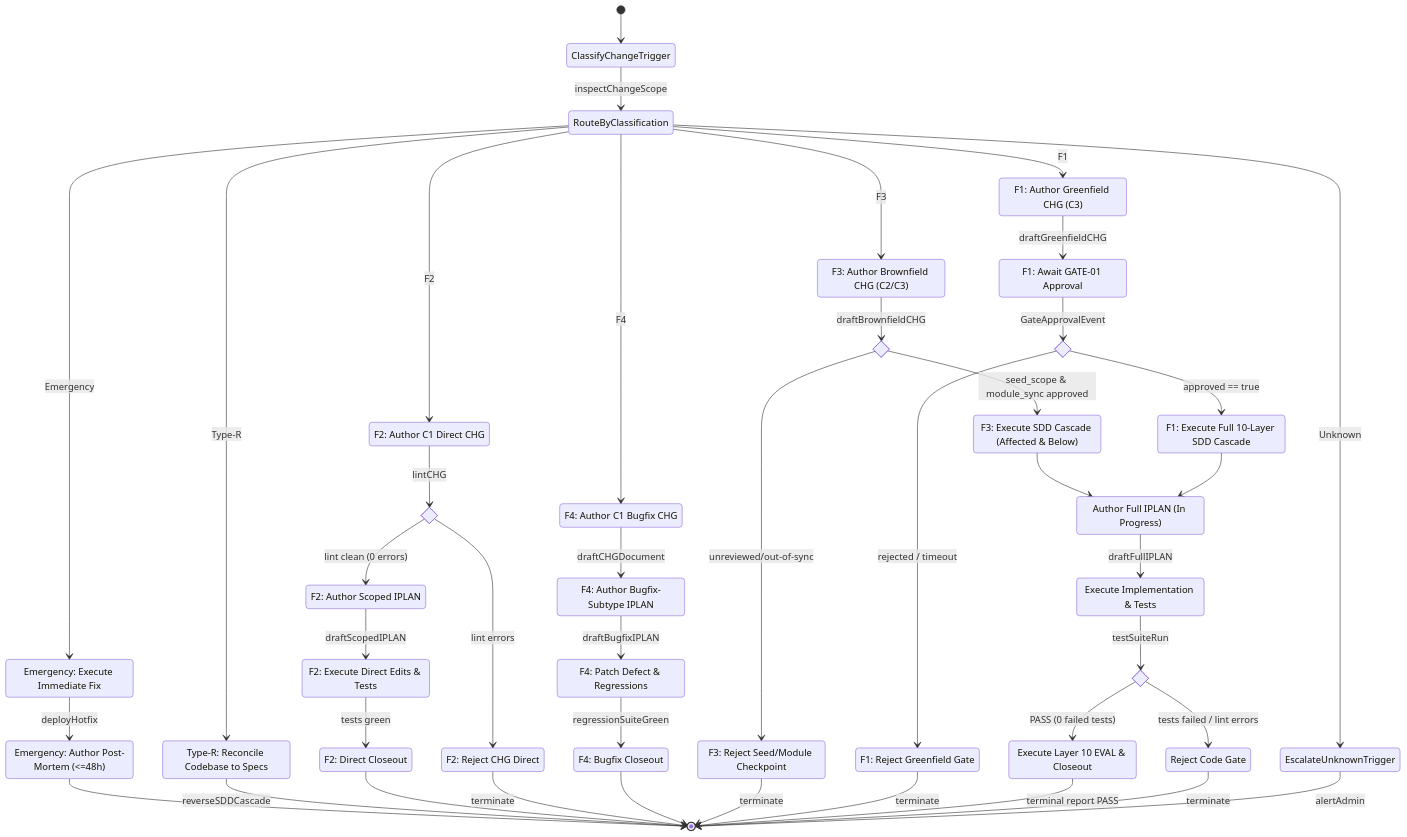
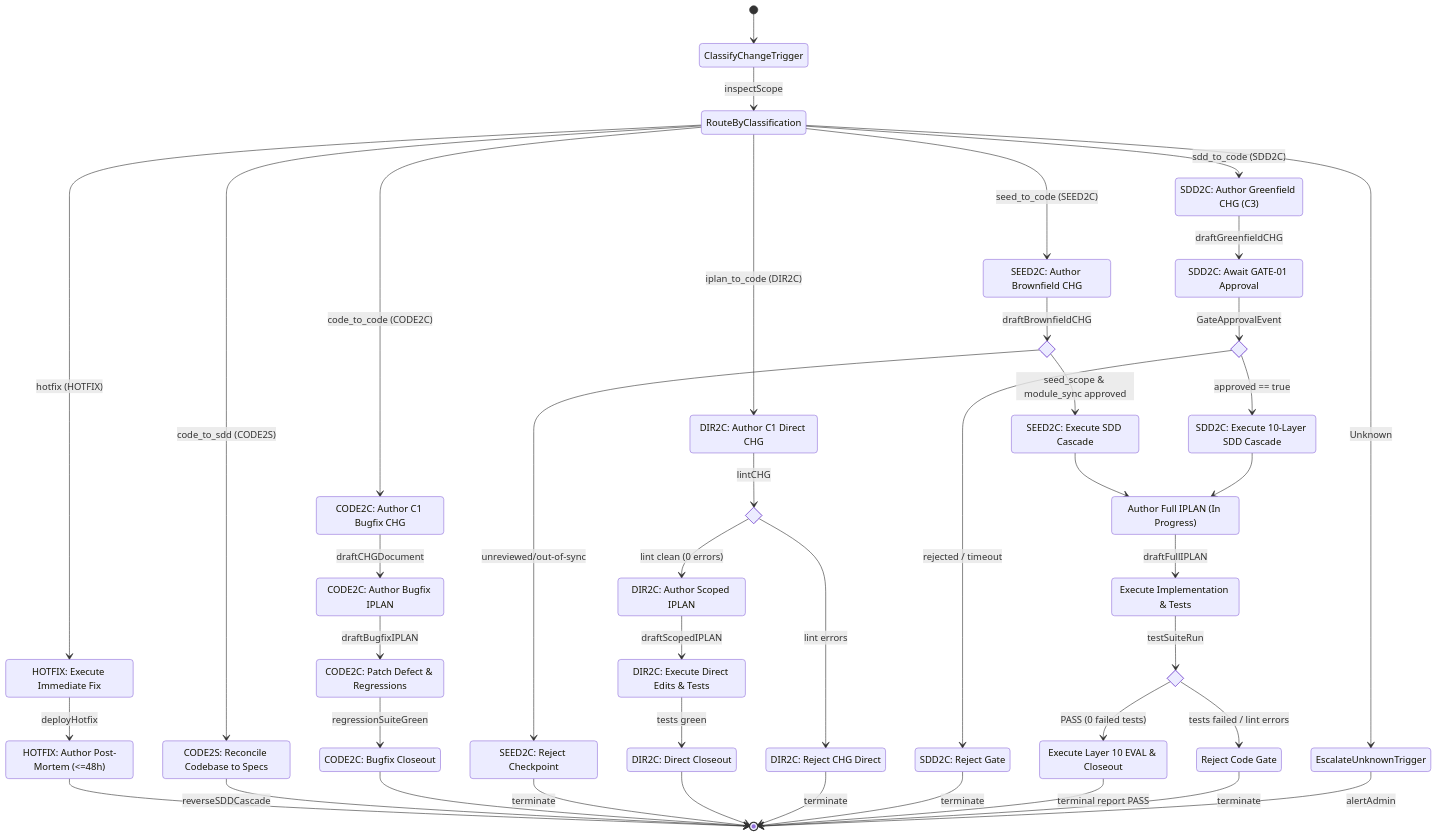
The diagram in framework/governance/CHG_REQUEST_FLOWS.md (vladm3105/aidoc-flow-framework), drawn with Mermaid before and after one commit. The commit also changed other lines of this file and 198 other files, not shown here.

First line of the commit message:
feat(governance): ratify dual-layer traversal-path graph nomenclature (CHG-71, 0.88.1) (#932)

````diff
--- a/framework/governance/CHG_REQUEST_FLOWS.md
+++ b/framework/governance/CHG_REQUEST_FLOWS.md
@@ -49,36 +51,55 @@
 ```mermaid
 stateDiagram-v2
     [*] --> ClassifyChangeTrigger
-    ClassifyChangeTrigger --> RouteByClassification: inspectChangeScope
+    ClassifyChangeTrigger --> RouteByClassification: inspectScope
 
     state RouteByClassification <<choice>>
-    RouteByClassification --> ExecuteEmergencyFix: Emergency
-    RouteByClassification --> ReconcileCodebase: Type-R
-    RouteByClassification --> InitiateBugfixFlow: F4
-    RouteByClassification --> InitiateBrownfieldFlow: F3
-    RouteByClassification --> InitiateDirectRequestFlow: F2
-    RouteByClassification --> InitiateGreenfieldFlow: F1
+    RouteByClassification --> HOTFIX: hotfix (HOTFIX)
+    RouteByClassification --> CODE2S: code_to_sdd (CODE2S)
+    RouteByClassification --> CODE2C: code_to_code (CODE2C)
+    RouteByClassification --> SEED2C: seed_to_code (SEED2C)
+    RouteByClassification --> DIR2C: iplan_to_code (DIR2C)
+    RouteByClassification --> SDD2C: sdd_to_code (SDD2C)
     RouteByClassification --> EscalateUnknownTrigger: Unknown
 
-    %% Emergency Path
-    state "Emergency: Execute Immediate Fix" as ExecuteEmergencyFix
-    state "Emergency: Author Post-Mortem (<=48h)" as DraftEmergencyPostMortem
-    ExecuteEmergencyFix --> DraftEmergencyPostMortem: deployHotfix
+    %% 1. HOTFIX Path
+    state "HOTFIX: Execute Immediate Fix" as HOTFIX
+    state "HOTFIX: Author Post-Mortem (<=48h)" as DraftEmergencyPostMortem
+    HOTFIX --> DraftEmergencyPostMortem: deployHotfix
     DraftEmergencyPostMortem --> [*]
 
-    %% Type-R Path
-    state "Type-R: Reconcile Codebase to Specs" as ReconcileCodebase
-    ReconcileCodebase --> [*]: reverseSDDCascade
+    %% 2. CODE2S Path
+    state "CODE2S: Reconcile Codebase to Specs" as CODE2S
+    CODE2S --> [*]: reverseSDDCascade
 
-    %% Flow F2: Direct Request
-    state "F2: Author C1 Direct CHG" as InitiateDirectRequestFlow
+    %% 3. CODE2C Path
+    state "CODE2C: Author C1 Bugfix CHG" as CODE2C
+    state "CODE2C: Author Bugfix IPLAN" as AuthorBugfixIPLAN
+    state "CODE2C: Patch Defect & Regressions" as ExecuteBugfix
+    state "CODE2C: Bugfix Closeout" as BugfixCloseout
+    CODE2C --> AuthorBugfixIPLAN: draftCHGDocument
+    AuthorBugfixIPLAN --> ExecuteBugfix: draftBugfixIPLAN
+    ExecuteBugfix --> BugfixCloseout: regressionSuiteGreen
+    BugfixCloseout --> [*]
+
+    %% 4. SEED2C Path
+    state "SEED2C: Author Brownfield CHG" as SEED2C
+    state SeedModuleSyncCheckpoint <<choice>>
+    state "SEED2C: Execute SDD Cascade" as ExecuteSDDCascade
+    state "SEED2C: Reject Checkpoint" as RejectBrownfieldGate
+    SEED2C --> SeedModuleSyncCheckpoint: draftBrownfieldCHG
+    SeedModuleSyncCheckpoint --> ExecuteSDDCascade: seed_scope & module_sync approved
+    SeedModuleSyncCheckpoint --> RejectBrownfieldGate: unreviewed/out-of-sync
+    RejectBrownfieldGate --> [*]: terminate
+
+    %% 5. DIR2C Path
+    state "DIR2C: Author C1 Direct CHG" as DIR2C
     state ValidateCHGDirect <<choice>>
-    state "F2: Author Scoped IPLAN" as AuthorScopedIPLAN
-    state "F2: Execute Direct Edits & Tests" as ExecuteDirectChanges
-    state "F2: Direct Closeout" as DirectCloseout
-    state "F2: Reject CHG Direct" as RejectCHGDirect
-
-    InitiateDirectRequestFlow --> ValidateCHGDirect: lintCHG
+    state "DIR2C: Author Scoped IPLAN" as AuthorScopedIPLAN
+    state "DIR2C: Execute Direct Edits & Tests" as ExecuteDirectChanges
+    state "DIR2C: Direct Closeout" as DirectCloseout
+    state "DIR2C: Reject CHG Direct" as RejectCHGDirect
+    DIR2C --> ValidateCHGDirect: lintCHG
     ValidateCHGDirect --> AuthorScopedIPLAN: lint clean (0 errors)
     ValidateCHGDirect --> RejectCHGDirect: lint errors
     AuthorScopedIPLAN --> ExecuteDirectChanges: draftScopedIPLAN
@@ -86,42 +107,19 @@
     DirectCloseout --> [*]
     RejectCHGDirect --> [*]: terminate
 
-    %% Flow F4: Bugfix on Implemented IPLAN
-    state "F4: Author C1 Bugfix CHG" as InitiateBugfixFlow
-    state "F4: Author Bugfix-Subtype IPLAN" as AuthorBugfixIPLAN
-    state "F4: Patch Defect & Regressions" as ExecuteBugfix
-    state "F4: Bugfix Closeout" as BugfixCloseout
-
-    InitiateBugfixFlow --> AuthorBugfixIPLAN: draftCHGDocument
-    AuthorBugfixIPLAN --> ExecuteBugfix: draftBugfixIPLAN
-    ExecuteBugfix --> BugfixCloseout: regressionSuiteGreen
-    BugfixCloseout --> [*]
-
-    %% Flow F3: Brownfield Behavior Change
-    state "F3: Author Brownfield CHG (C2/C3)" as InitiateBrownfieldFlow
-    state SeedModuleSyncCheckpoint <<choice>>
-    state "F3: Execute SDD Cascade (Affected & Below)" as ExecuteSDDCascade
-    state "F3: Reject Seed/Module Checkpoint" as RejectBrownfieldGate
-
-    InitiateBrownfieldFlow --> SeedModuleSyncCheckpoint: draftBrownfieldCHG
-    SeedModuleSyncCheckpoint --> ExecuteSDDCascade: seed_scope & module_sync approved
-    SeedModuleSyncCheckpoint --> RejectBrownfieldGate: unreviewed/out-of-sync
-    RejectBrownfieldGate --> [*]: terminate
-
-    %% Flow F1: Greenfield Development
-    state "F1: Author Greenfield CHG (C3)" as InitiateGreenfieldFlow
-    state "F1: Await GATE-01 Approval" as AwaitGate01Approval
+    %% 6. SDD2C Path
+    state "SDD2C: Author Greenfield CHG (C3)" as SDD2C
+    state "SDD2C: Await GATE-01 Approval" as AwaitGate01Approval
     state EvaluateGate01Approval <<choice>>
-    state "F1: Execute Full 10-Layer SDD Cascade" as ExecuteFullSDDCascade
-    state "F1: Reject Greenfield Gate" as RejectGreenfieldGate
-
-    InitiateGreenfieldFlow --> AwaitGate01Approval: draftGreenfieldCHG
+    state "SDD2C: Execute 10-Layer SDD Cascade" as ExecuteFullSDDCascade
+    state "SDD2C: Reject Gate" as RejectGreenfieldGate
+    SDD2C --> AwaitGate01Approval: draftGreenfieldCHG
     AwaitGate01Approval --> EvaluateGate01Approval: GateApprovalEvent
     EvaluateGate01Approval --> ExecuteFullSDDCascade: approved == true
     EvaluateGate01Approval --> RejectGreenfieldGate: rejected / timeout
     RejectGreenfieldGate --> [*]: terminate
 
-    %% Implementation & Closeout (Shared F1 / F3)
+    %% Implementation & Closeout (Shared SDD2C / SEED2C)
     state "Author Full IPLAN (In Progress)" as AuthorFullIPLAN
     state "Execute Implementation & Tests" as ExecuteFullImplementation
     state EvaluateGateCode <<choice>>
````
